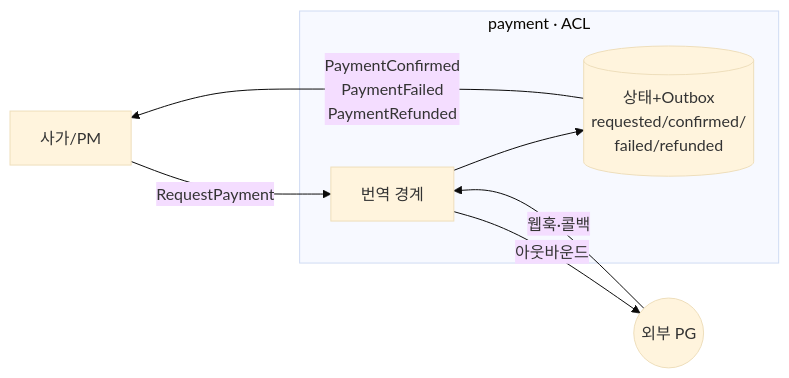
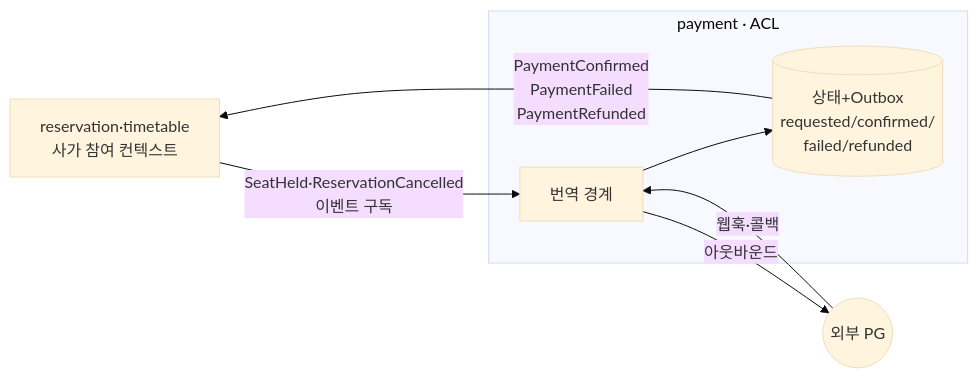
Before and after one commit to newkayak12/prototype-reservation-system: the first of 2 diagrams in docs/v2/design_doc/DESIGN-015-payment-integration.md, drawn with Mermaid (base theme). The commit also changed other lines of this file and 18 other files, not shown here.

````diff
--- a/docs/v2/design_doc/DESIGN-015-payment-integration.md
+++ b/docs/v2/design_doc/DESIGN-015-payment-integration.md
@@ -48,10 +48,10 @@
 ```mermaid
 graph LR
-    saga[사가/PM] -->|RequestPayment| ACL
+    saga[reservation·timetable<br/>사가 참여 컨텍스트] -->|SeatHeld·ReservationCancelled<br/>이벤트 구독| ACL
     subgraph payment [payment · ACL]
         ACL[번역 경계] --> ST[(상태+Outbox<br/>requested/confirmed/<br/>failed/refunded)]
     end
     ACL -->|아웃바운드| PG((외부 PG))
     PG -->|웹훅·콜백| ACL
     ST -->|PaymentConfirmed<br/>PaymentFailed<br/>PaymentRefunded| saga
 ```
````
